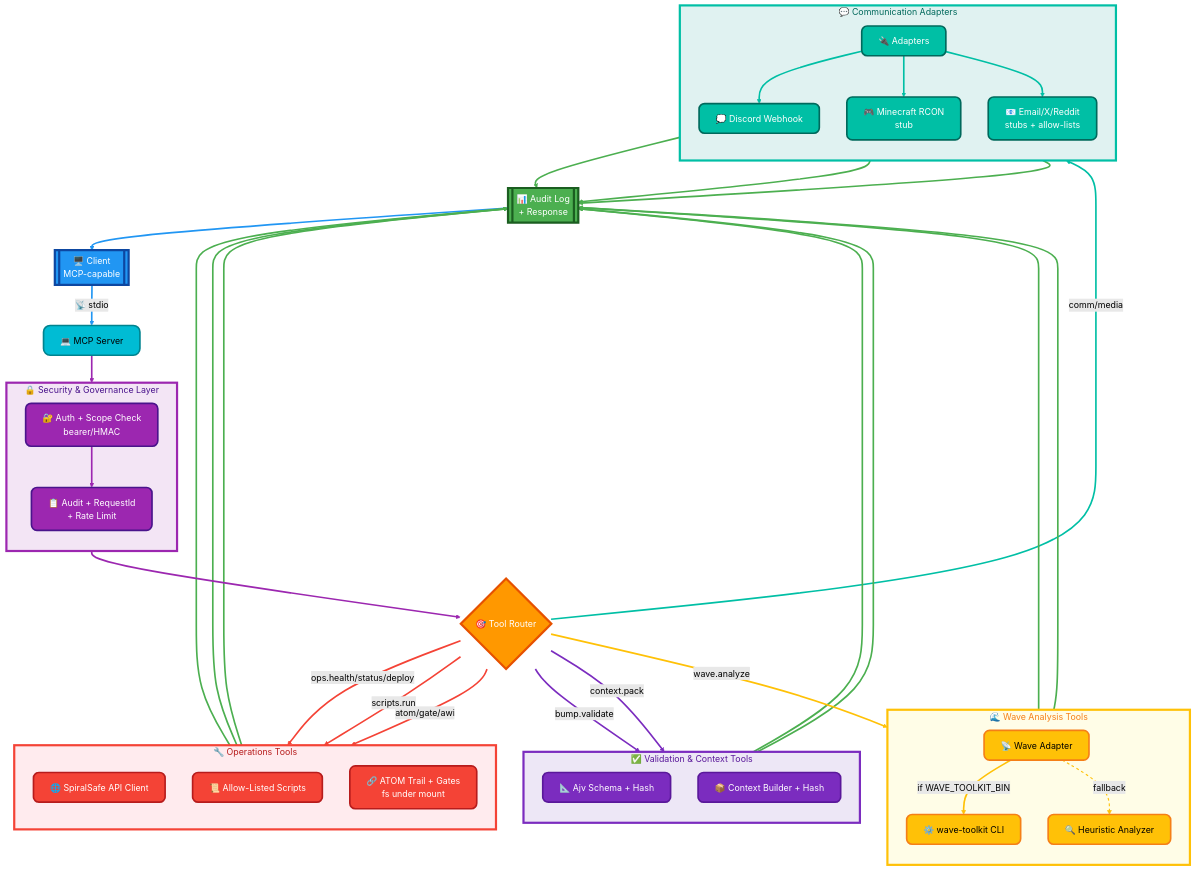
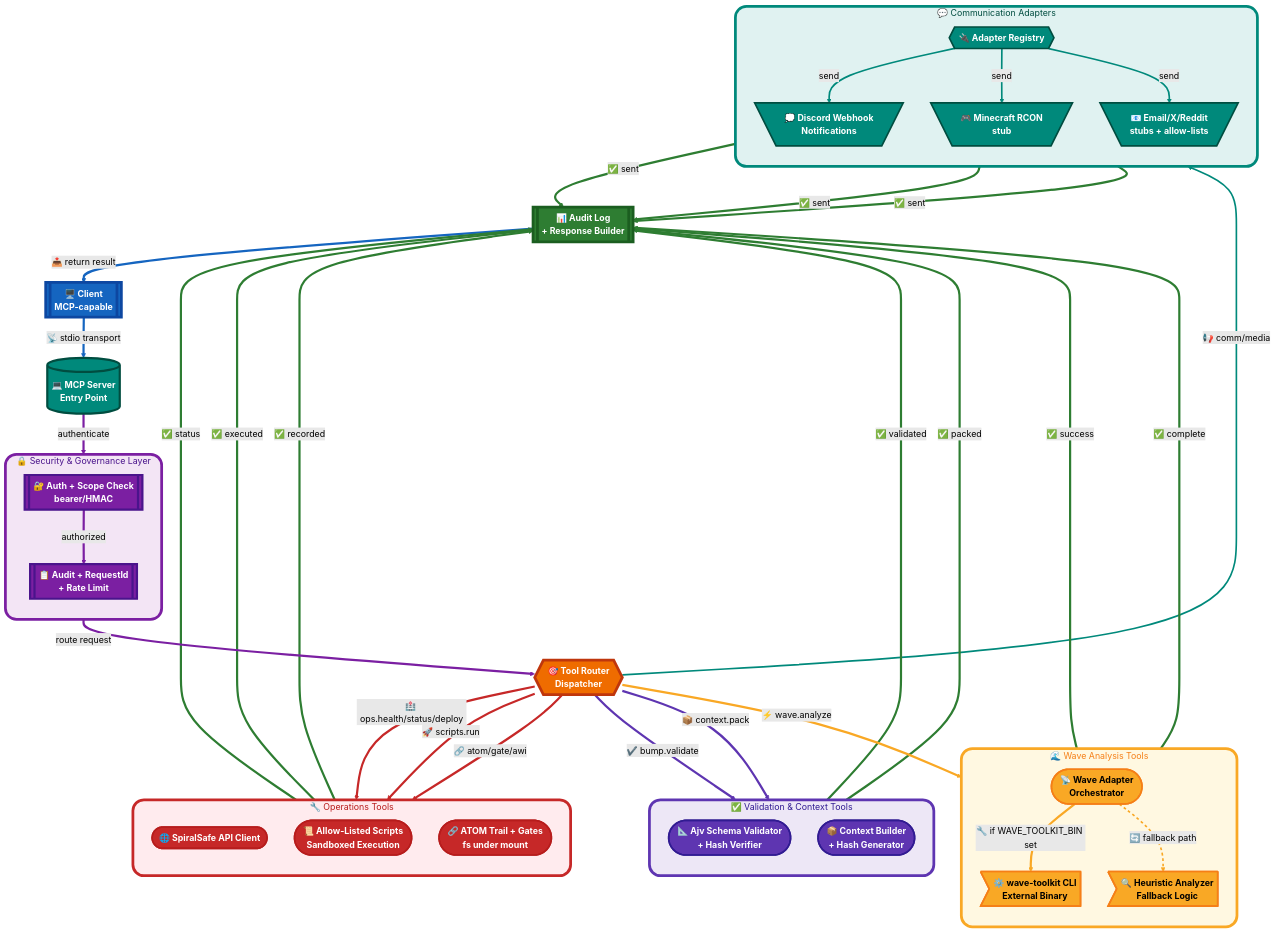
One commit to toolate28/coherence-mcp changed the diagram in docs/data-flow.md. Above: the diagram before and after it, drawn with Mermaid (forest theme). The commit also changed 1 other file, not shown here.

Commit message:
Enhanced Mermaid diagrams with better shapes, colors, and styling

````diff
--- a/docs/data-flow.md
+++ b/docs/data-flow.md
@@ -7,84 +7,84 @@
 ```mermaid
 graph TD
-  A[["🖥️ Client<br/>MCP-capable"]] -->|"📡 stdio"| B["💻 MCP Server"]
+  A[["🖥️ Client<br/>MCP-capable"]] -->|"📡 stdio transport"| B[("💻 MCP Server<br/>Entry Point")]
   
   subgraph security["🔒 Security & Governance Layer"]
     direction TB
-    C["🔐 Auth + Scope Check<br/>bearer/HMAC"]
-    D["📋 Audit + RequestId<br/>+ Rate Limit"]
+    C[["🔐 Auth + Scope Check<br/>bearer/HMAC"]]
+    D[["📋 Audit + RequestId<br/>+ Rate Limit"]]
   end
   
-  B ==> C
-  C ==> D
-  D ==> E{"🎯 Tool Router"}
+  B ==>|"authenticate"| C
+  C ==>|"authorized"| D
+  D ==>|"route request"| E{{"🎯 Tool Router<br/>Dispatcher"}}
 
   subgraph wave_tools["🌊 Wave Analysis Tools"]
     direction TB
-    F["📡 Wave Adapter"]
-    G["⚙️ wave-toolkit CLI"]
-    H["🔍 Heuristic Analyzer"]
+    F(["📡 Wave Adapter<br/>Orchestrator"])
+    G>"⚙️ wave-toolkit CLI<br/>External Binary"]
+    H>"🔍 Heuristic Analyzer<br/>Fallback Logic"]
   end
   
   subgraph validation_tools["✅ Validation & Context Tools"]
     direction TB
-    I["📐 Ajv Schema + Hash"]
-    J["📦 Context Builder + Hash"]
+    I(["📐 Ajv Schema Validator<br/>+ Hash Verifier"])
+    J(["📦 Context Builder<br/>+ Hash Generator"])
   end
   
   subgraph ops_tools["🔧 Operations Tools"]
     direction TB
-    K["🌐 SpiralSafe API Client"]
-    L["📜 Allow-Listed Scripts"]
-    M["🔗 ATOM Trail + Gates<br/>fs under mount"]
+    K(["🌐 SpiralSafe API Client"])
+    L(["📜 Allow-Listed Scripts<br/>Sandboxed Execution"])
+    M(["🔗 ATOM Trail + Gates<br/>fs under mount"])
   end
   
   subgraph comm_adapters["💬 Communication Adapters"]
     direction TB
-    N["🔌 Adapters"]
-    N1["💭 Discord Webhook"]
-    N2["🎮 Minecraft RCON<br/>stub"]
-    N3["📧 Email/X/Reddit<br/>stubs + allow-lists"]
+    N{{"🔌 Adapter Registry"}}
+    N1[\"💭 Discord Webhook<br/>Notifications"/]
+    N2[\"🎮 Minecraft RCON<br/>stub"/]
+    N3[\"📧 Email/X/Reddit<br/>stubs + allow-lists"/]
   end
 
-  E ==>|"wave.analyze"| F
-  F -->|"if WAVE_TOOLKIT_BIN"| G
-  F -.->|"fallback"| H
+  E ==>|"⚡ wave.analyze"| F
+  F -->|"🔧 if WAVE_TOOLKIT_BIN set"| G
+  F -.->|"🔄 fallback path"| H
 
-  E ==>|"bump.validate"| I
-  E ==>|"context.pack"| J
+  E ==>|"✔️ bump.validate"| I
+  E ==>|"📦 context.pack"| J
 
-  E ==>|"ops.health/status/deploy"| K
-  E ==>|"scripts.run"| L
-  E ==>|"atom/gate/awi"| M
+  E ==>|"🏥 ops.health/status/deploy"| K
+  E ==>|"🚀 scripts.run"| L
+  E ==>|"🔗 atom/gate/awi"| M
   
-  E ==>|"comm/media"| N
-  N ==> N1
-  N ==> N2
-  N ==> N3
+  E ==>|"📢 comm/media"| N
+  N ==>|"send"| N1
+  N ==>|"send"| N2
+  N ==>|"send"| N3
 
-  G ==> D1[["📊 Audit Log<br/>+ Response"]]
-  H ==> D1
-  I ==> D1
-  J ==> D1
-  K ==> D1
-  L ==> D1
-  M ==> D1
-  N1 ==> D1
-  N2 ==> D1
-  N3 ==> D1
+  G ==>|"✅ success"| D1[["📊 Audit Log<br/>+ Response Builder"]]
+  H ==>|"✅ complete"| D1
+  I ==>|"✅ validated"| D1
+  J ==>|"✅ packed"| D1
+  K ==>|"✅ status"| D1
+  L ==>|"✅ executed"| D1
+  M ==>|"✅ recorded"| D1
+  N1 ==>|"✅ sent"| D1
+  N2 ==>|"✅ sent"| D1
+  N3 ==>|"✅ sent"| D1
 
-  D1 ==> A
+  D1 ==>|"📤 return result"| A
   
-  %% Enhanced Styling
-  classDef clientStyle fill:#2196F3,stroke:#0D47A1,stroke-width:4px,color:#fff,rx:15,ry:15
-  classDef serverStyle fill:#00BCD4,stroke:#00838F,stroke-width:3px,color:#000,rx:12,ry:12
-  classDef securityStyle fill:#9C27B0,stroke:#4A148C,stroke-width:3px,color:#fff,rx:10,ry:10
-  classDef routerStyle fill:#FF9800,stroke:#E65100,stroke-width:4px,color:#fff
-  classDef waveStyle fill:#FFC107,stroke:#F57F17,stroke-width:3px,color:#000,rx:10,ry:10
-  classDef validationStyle fill:#7B2CBF,stroke:#5A189A,stroke-width:3px,color:#fff,rx:10,ry:10
-  classDef opsStyle fill:#F44336,stroke:#B71C1C,stroke-width:3px,color:#fff,rx:10,ry:10
-  classDef commStyle fill:#00BFA5,stroke:#00695C,stroke-width:3px,color:#fff,rx:10,ry:10
-  classDef auditStyle fill:#4CAF50,stroke:#1B5E20,stroke-width:4px,color:#fff,rx:15,ry:15
+  %% Enhanced Styling with Richer Colors and Bold Text
+  classDef clientStyle fill:#1565C0,stroke:#0D47A1,stroke-width:5px,color:#fff,font-weight:bold
+  classDef serverStyle fill:#00897B,stroke:#004D40,stroke-width:4px,color:#fff,font-weight:bold
+  classDef securityStyle fill:#7B1FA2,stroke:#4A148C,stroke-width:4px,color:#fff,font-weight:bold
+  classDef routerStyle fill:#EF6C00,stroke:#BF360C,stroke-width:5px,color:#fff,font-weight:bold
+  classDef waveStyle fill:#F9A825,stroke:#F57F17,stroke-width:3px,color:#000,font-weight:bold
+  classDef validationStyle fill:#5E35B1,stroke:#311B92,stroke-width:3px,color:#fff,font-weight:bold
+  classDef opsStyle fill:#C62828,stroke:#B71C1C,stroke-width:3px,color:#fff,font-weight:bold
+  classDef commStyle fill:#00897B,stroke:#004D40,stroke-width:3px,color:#fff,font-weight:bold
+  classDef auditStyle fill:#2E7D32,stroke:#1B5E20,stroke-width:5px,color:#fff,font-weight:bold
   
   class A clientStyle
   class B serverStyle
@@ -96,21 +96,21 @@
   class N,N1,N2,N3 commStyle
   class D1 auditStyle
   
-  %% Subgraph Styling
-  style security fill:#F3E5F5,stroke:#9C27B0,stroke-width:4px,color:#4A148C
-  style wave_tools fill:#FFFDE7,stroke:#FFC107,stroke-width:4px,color:#F57F17
-  style validation_tools fill:#EDE7F6,stroke:#7B2CBF,stroke-width:4px,color:#5A189A
-  style ops_tools fill:#FFEBEE,stroke:#F44336,stroke-width:4px,color:#B71C1C
-  style comm_adapters fill:#E0F2F1,stroke:#00BFA5,stroke-width:4px,color:#00695C
+  %% Subgraph Styling with Enhanced Borders and Backgrounds
+  style security fill:#F3E5F5,stroke:#7B1FA2,stroke-width:5px,color:#4A148C,rx:20,ry:20
+  style wave_tools fill:#FFF8E1,stroke:#F9A825,stroke-width:5px,color:#F57F17,rx:20,ry:20
+  style validation_tools fill:#EDE7F6,stroke:#5E35B1,stroke-width:5px,color:#311B92,rx:20,ry:20
+  style ops_tools fill:#FFEBEE,stroke:#C62828,stroke-width:5px,color:#B71C1C,rx:20,ry:20
+  style comm_adapters fill:#E0F2F1,stroke:#00897B,stroke-width:5px,color:#004D40,rx:20,ry:20
   
-  %% Link Styling
-  linkStyle 0 stroke:#2196F3,stroke-width:3px
-  linkStyle 1,2,3 stroke:#9C27B0,stroke-width:3px
-  linkStyle 4,5 stroke:#FFC107,stroke-width:3px
-  linkStyle 6 stroke:#FFC107,stroke-width:2px,stroke-dasharray:5
-  linkStyle 7,8 stroke:#7B2CBF,stroke-width:3px
-  linkStyle 9,10,11 stroke:#F44336,stroke-width:3px
-  linkStyle 12,13,14,15 stroke:#00BFA5,stroke-width:3px
-  linkStyle 16,17,18,19,20,21,22,23,24,25 stroke:#4CAF50,stroke-width:3px
-  linkStyle 26 stroke:#2196F3,stroke-width:3px
+  %% Link Styling with Enhanced Colors and Width
+  linkStyle 0 stroke:#1565C0,stroke-width:4px
+  linkStyle 1,2,3 stroke:#7B1FA2,stroke-width:4px
+  linkStyle 4,5 stroke:#F9A825,stroke-width:4px
+  linkStyle 6 stroke:#F9A825,stroke-width:3px,stroke-dasharray:5 5
+  linkStyle 7,8 stroke:#5E35B1,stroke-width:4px
+  linkStyle 9,10,11 stroke:#C62828,stroke-width:4px
+  linkStyle 12,13,14,15 stroke:#00897B,stroke-width:3px
+  linkStyle 16,17,18,19,20,21,22,23,24,25 stroke:#2E7D32,stroke-width:4px
+  linkStyle 26 stroke:#1565C0,stroke-width:4px
 ```
````
